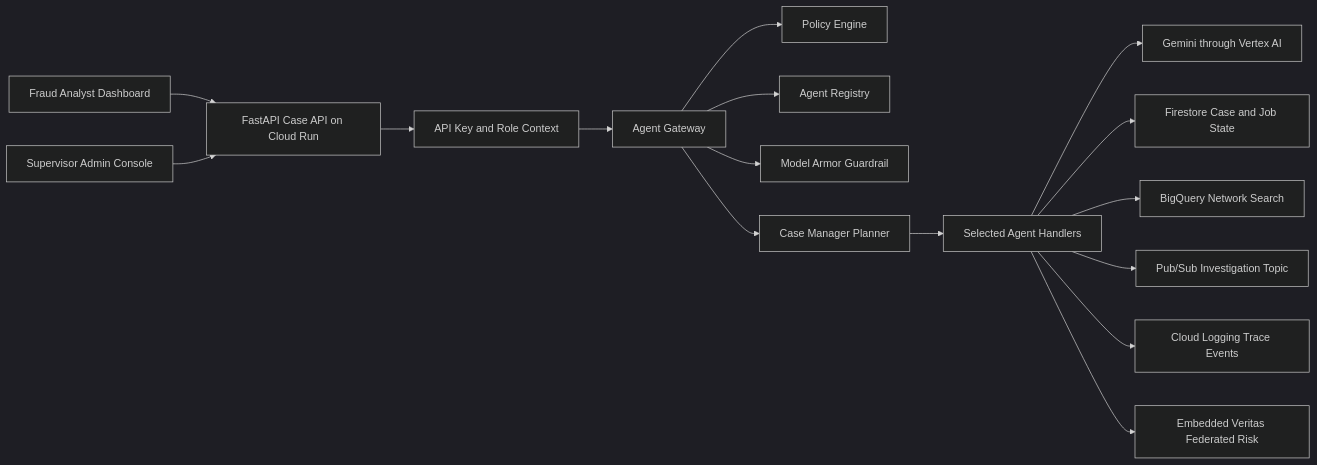
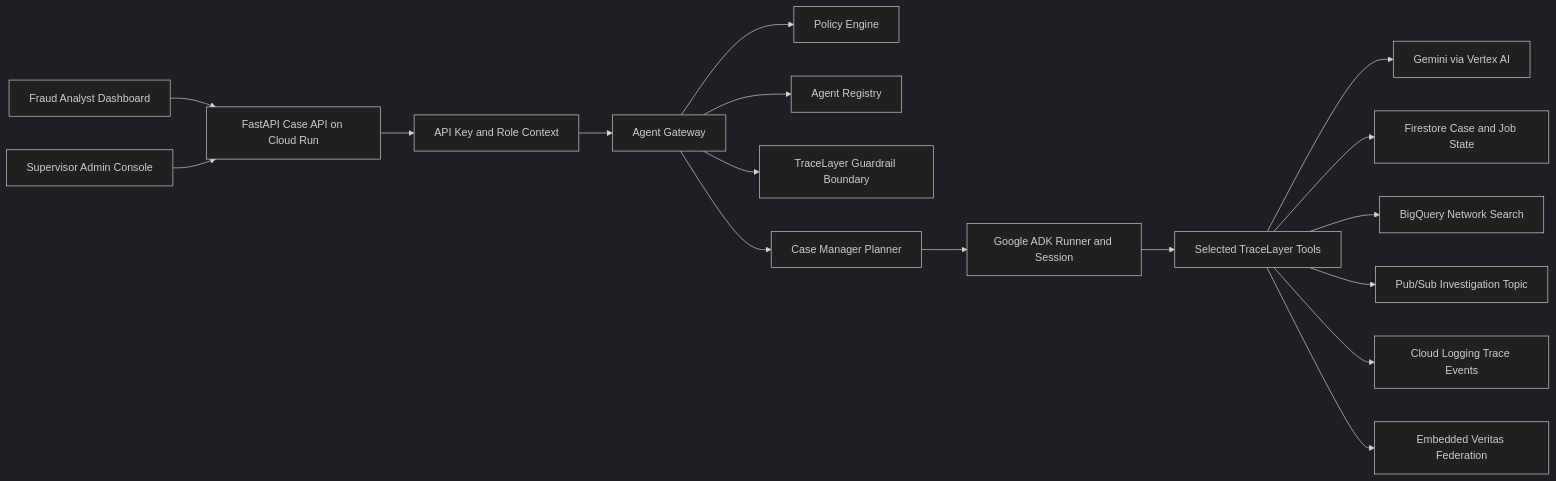
The first of 4 diagrams in README.md (Kanghyeon5468/Tracelayer), drawn with Mermaid (dark theme) before and after one commit. The commit also changed other lines of this file and 13 other files, not shown here.

Commit message:
Run core agents through ADK and adaptive replanning

````diff
--- a/README.md
+++ b/README.md
@@ -154,18 +200,19 @@
 ```mermaid
 flowchart LR
     Dashboard[Fraud Analyst Dashboard] --> API[FastAPI Case API on Cloud Run]
     Admin[Supervisor Admin Console] --> API
     API --> Auth[API Key and Role Context]
     Auth --> Gateway[Agent Gateway]
     Gateway --> Policy[Policy Engine]
     Gateway --> Registry[Agent Registry]
-    Gateway --> Armor[Model Armor Guardrail]
+    Gateway --> Guardrail[TraceLayer Guardrail Boundary]
     Gateway --> Planner[Case Manager Planner]
-    Planner --> Fleet[Selected Agent Handlers]
-    Fleet --> Gemini[Gemini through Vertex AI]
-    Fleet --> Firestore[Firestore Case and Job State]
-    Fleet --> BigQuery[BigQuery Network Search]
-    Fleet --> PubSub[Pub/Sub Investigation Topic]
-    Fleet --> Logging[Cloud Logging Trace Events]
-    Fleet --> Veritas[Embedded Veritas Federated Risk]
+    Planner --> ADK[Google ADK Runner and Session]
+    ADK --> Tools[Selected TraceLayer Tools]
+    Tools --> Gemini[Gemini via Vertex AI]
+    Tools --> Firestore[Firestore Case and Job State]
+    Tools --> BigQuery[BigQuery Network Search]
+    Tools --> PubSub[Pub/Sub Investigation Topic]
+    Tools --> Logging[Cloud Logging Trace Events]
+    Tools --> Veritas[Embedded Veritas Federation]
 ```
````
